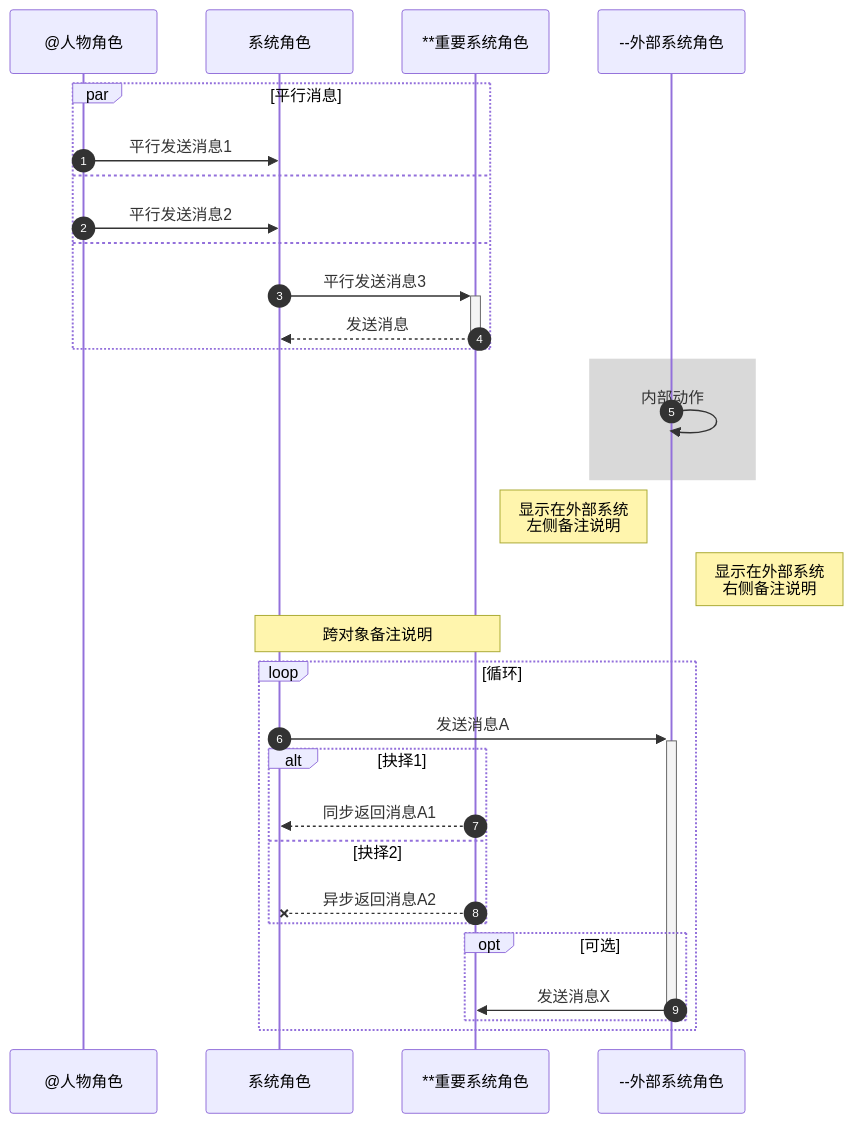
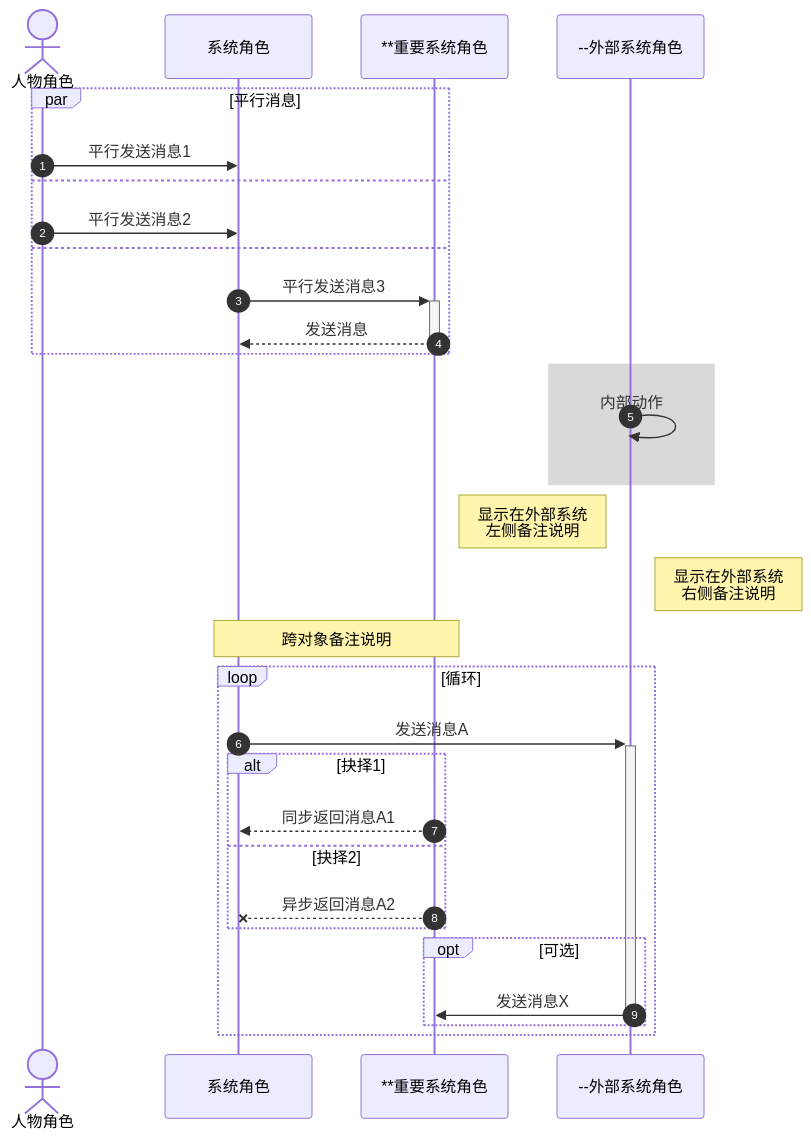
Before and after one commit to MadMaxChow/VLOOK: the fifth of 5 diagrams in released/demo/guide.md, drawn with Mermaid. The commit also changed other lines of this file and 88 other files, not shown here.

````diff
--- a/released/demo/guide.md
+++ b/released/demo/guide.md
@@ -2327,39 +2512,39 @@
 ```mermaid
 sequenceDiagram
 %% 设置显示消息的自动编号
 autonumber
 
-participant User as @人物角色
+actor User as 人物角色
 participant Client as 系统角色
 participant Server as **重要系统角色
 participant Extend as --外部系统角色
 
 par 平行消息
 	User ->> Client: 平行发送消息1
 and
 	User ->> Client: 平行发送消息2
 and
   Client ->>+ Server: 平行发送消息3
   Server -->>- Client: 发送消息
 end
 
 %% 设置区域高亮
 rect rgba(128, 128, 128, 0.3)
 	Extend ->> Extend: 内部动作
 end
 
 Note left of Extend: 显示在外部系统<br>左侧备注说明
 Note right of Extend: 显示在外部系统<br>右侧备注说明
 Note over Client,Server: 跨对象备注说明
 loop 循环
 	Client ->>+ Extend: 发送消息A
 	alt 抉择1
 		Server -->> Client: 同步返回消息A1
 	else 抉择2
 		Server --X Client: 异步返回消息A2
 	end
 	opt 可选
 		Extend ->>- Server: 发送消息X
 	end
 end
 ```
````
